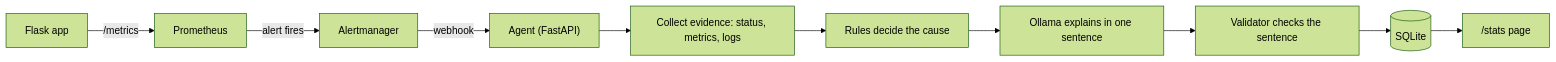
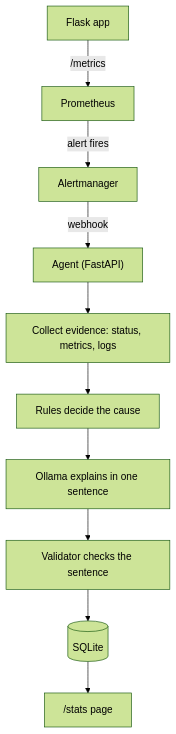
The diagram in README.md (tanimamishra/incidentsense), drawn with Mermaid (forest theme) before and after one commit.

Commit message:
Make README diagram vertical

````diff
--- a/README.md
+++ b/README.md
@@ -21,12 +21,12 @@
 ```mermaid
-flowchart LR
+flowchart TD
     A["Flask app"] -->|"/metrics"| P["Prometheus"]
     P -->|"alert fires"| M["Alertmanager"]
     M -->|"webhook"| G["Agent (FastAPI)"]
     G --> E["Collect evidence: status, metrics, logs"]
     E --> R["Rules decide the cause"]
     R --> L["Ollama explains in one sentence"]
     L --> V["Validator checks the sentence"]
     V --> D[("SQLite")]
     D --> S["/stats page"]
 ```
````
